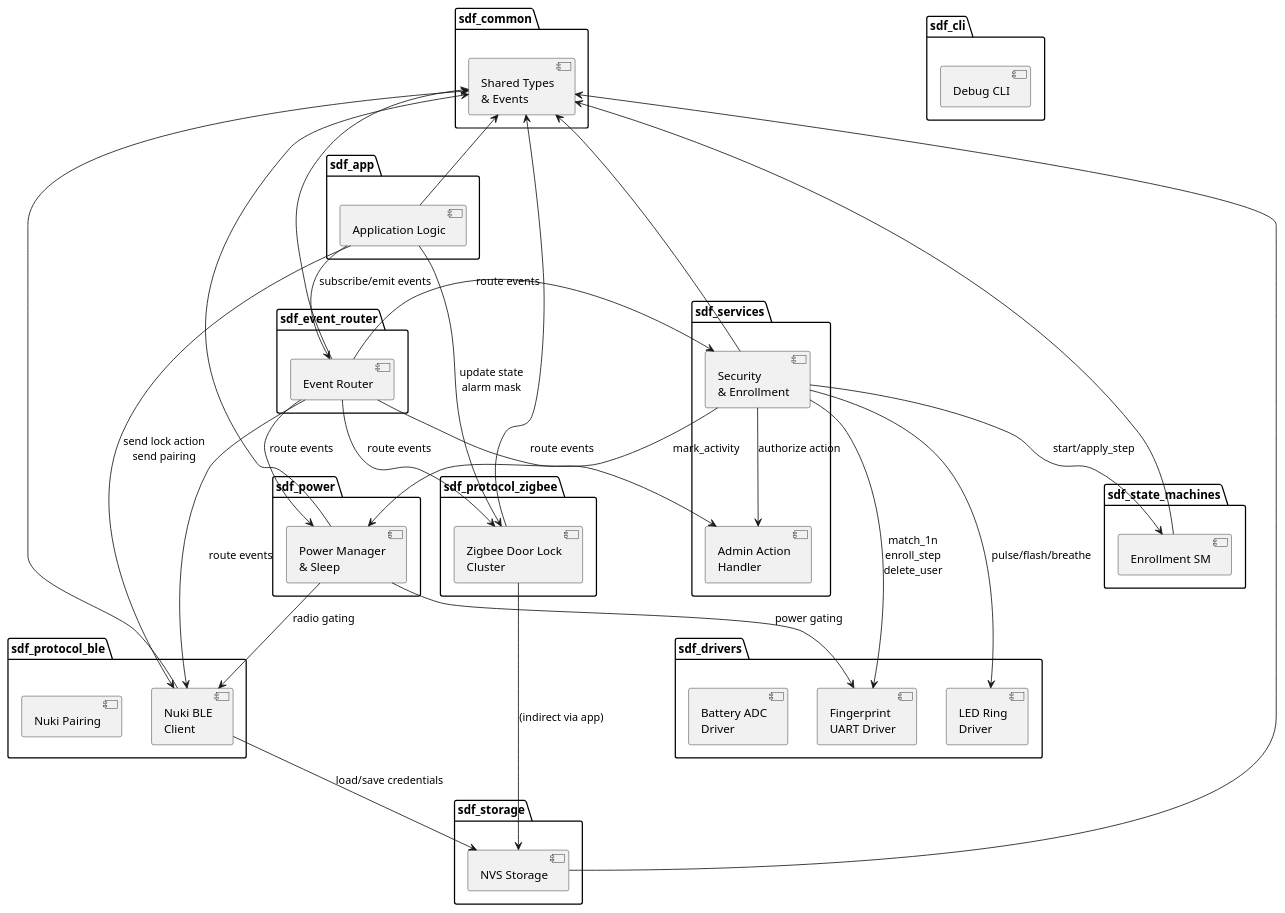
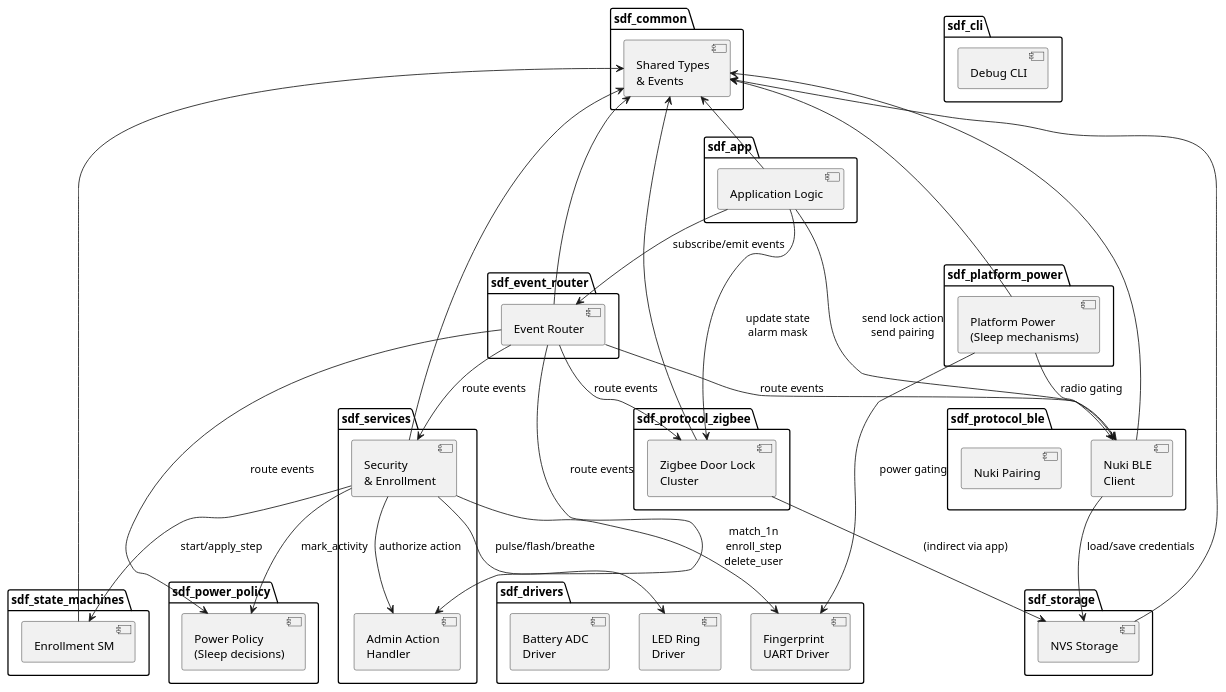
The third of 13 diagrams in doc/sdf_sas.md (thor-ro/finger_print), drawn with PlantUML before and after one commit. The commit also changed other lines of this file and 42 other files, not shown here.

````diff
--- a/doc/sdf_sas.md
+++ b/doc/sdf_sas.md
@@ -139,67 +139,70 @@
 ```plantuml
 @startuml
 package "sdf_app" {
   [Application Logic] as app
 }
 package "sdf_services" {
   [Security\n& Enrollment] as svc
   [Admin Action\nHandler] as admin
 }
 package "sdf_event_router" {
   [Event Router] as evt
 }
 package "sdf_protocol_ble" {
   [Nuki BLE\nClient] as ble
   [Nuki Pairing] as pair
 }
 package "sdf_protocol_zigbee" {
   [Zigbee Door Lock\nCluster] as zb
 }
 package "sdf_drivers" {
   [Fingerprint\nUART Driver] as fp
   [LED Ring\nDriver] as led
   [Battery ADC\nDriver] as bat
 }
 package "sdf_state_machines" {
   [Enrollment SM] as sm
 }
 package "sdf_storage" {
   [NVS Storage] as nvs
 }
-package "sdf_power" {
-  [Power Manager\n& Sleep] as pwr
+package "sdf_power_policy" {
+  [Power Policy\n(Sleep decisions)] as pwr_policy
+}
+package "sdf_platform_power" {
+  [Platform Power\n(Sleep mechanisms)] as pwr_plat
 }
 package "sdf_common" {
   [Shared Types\n& Events] as common
 }
 package "sdf_cli" {
   [Debug CLI] as cli
 }
 
 app --> evt : subscribe/emit events
 app --> ble : send lock action\nsend pairing
 app --> zb : update state\nalarm mask
 evt --> svc : route events
 evt --> admin : route events
 evt --> ble : route events
 evt --> zb : route events
-evt --> pwr : route events
+evt --> pwr_policy : route events
 svc --> fp : match_1n\nenroll_step\ndelete_user
 svc --> led : pulse/flash/breathe
 svc --> sm : start/apply_step
 svc --> admin : authorize action
-svc --> pwr : mark_activity
+svc --> pwr_policy : mark_activity
 ble --> nvs : load/save credentials
 zb --> nvs : (indirect via app)
-pwr --> fp : power gating
-pwr --> ble : radio gating
+pwr_plat --> fp : power gating
+pwr_plat --> ble : radio gating
 common <-- app
 common <-- svc
 common <-- ble
 common <-- zb
 common <-- sm
 common <-- nvs
-common <-- pwr
+common <-- pwr_plat
 common <-- evt
 @enduml
 ```
````
